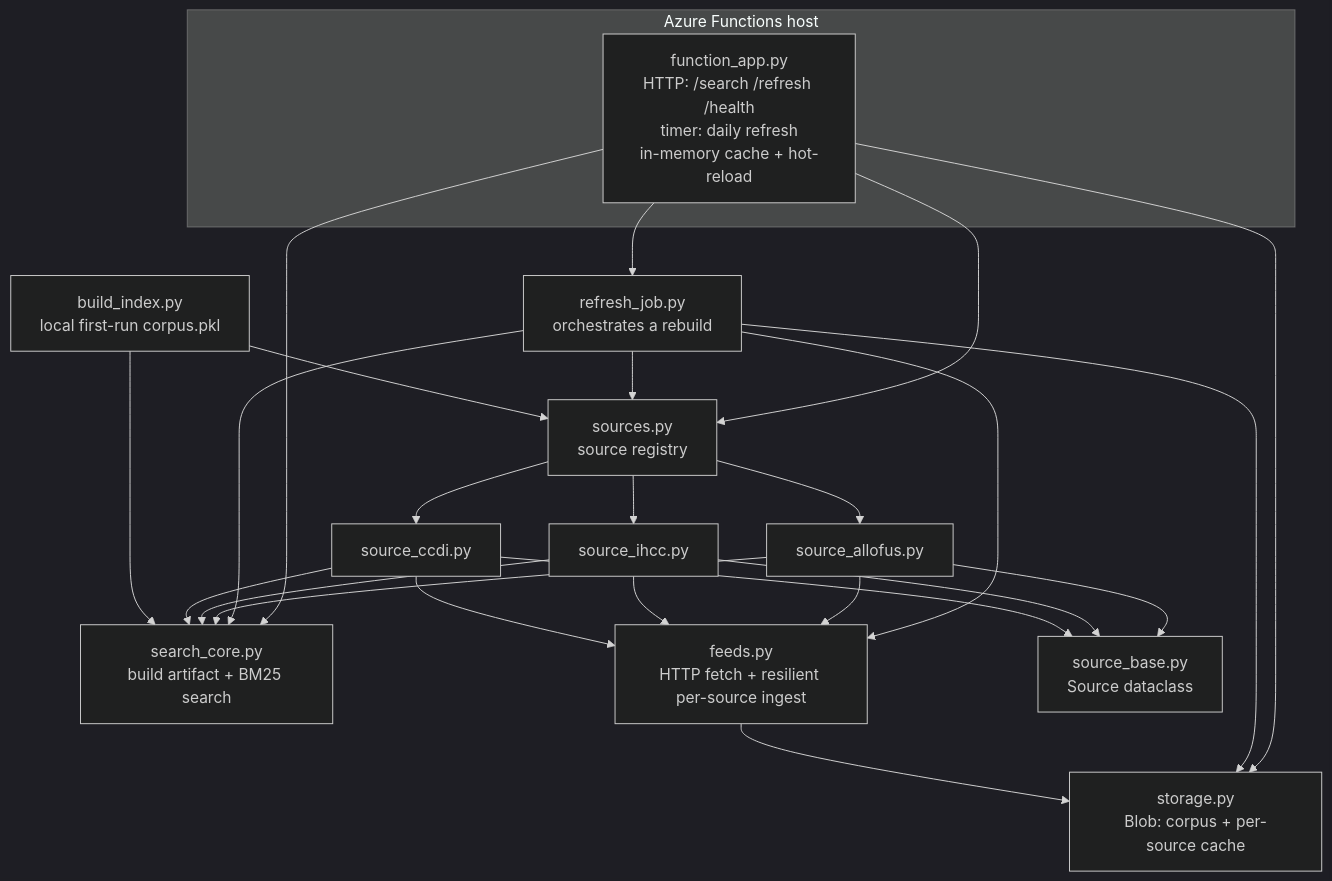
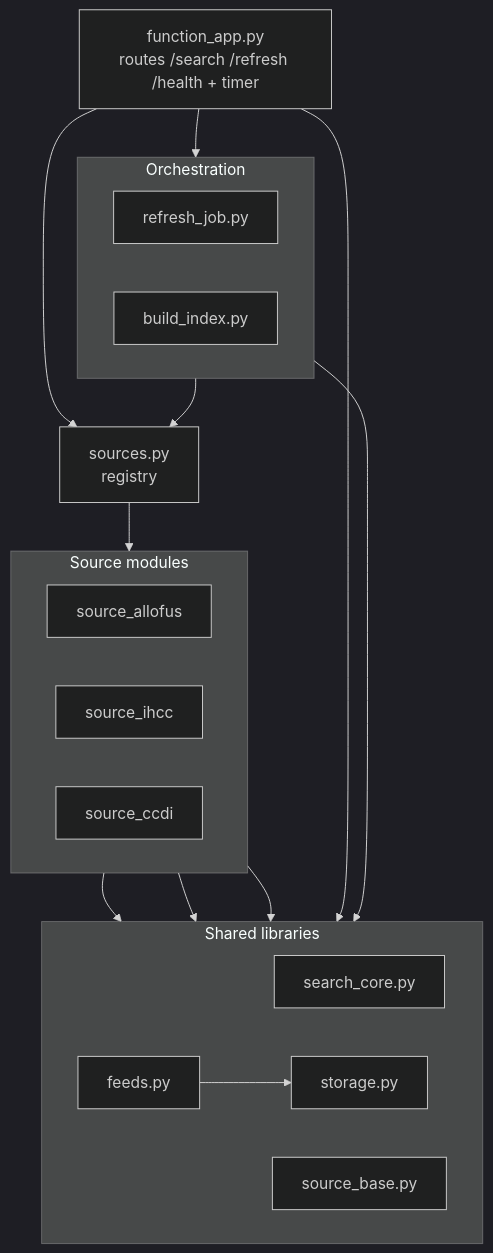
The second of 5 diagrams in docs/architecture.md (SteveCInVA/AllofUs-Agent), drawn with Mermaid (dark theme) before and after one commit. The commit also changed other lines of this file, not shown here.

First line of the commit message:
Reduce edge crossings in architecture diagrams

````diff
--- a/docs/architecture.md
+++ b/docs/architecture.md
@@ -34,35 +43,40 @@
 ```mermaid
-flowchart TD
-    subgraph HOST["Azure Functions host"]
-      FA["function_app.py<br/>HTTP: /search /refresh /health<br/>timer: daily refresh<br/>in-memory cache + hot-reload"]
+flowchart TB
+    FA["function_app.py<br/>routes /search /refresh /health + timer"]
+
+    subgraph ORCH["Orchestration"]
+      direction LR
+      RJ["refresh_job.py"]
+      BI["build_index.py"]
     end
 
-    FA --> RJ["refresh_job.py<br/>orchestrates a rebuild"]
-    FA --> SC["search_core.py<br/>build artifact + BM25 search"]
-    FA --> ST["storage.py<br/>Blob: corpus + per-source cache"]
-    FA --> SRCS["sources.py<br/>source registry"]
+    REG["sources.py<br/>registry"]
 
-    RJ --> SRCS
-    RJ --> FEED["feeds.py<br/>HTTP fetch + resilient per-source ingest"]
-    RJ --> SC
-    RJ --> ST
+    subgraph SRCMODS["Source modules"]
+      direction LR
+      SA["source_allofus"]
+      SI["source_ihcc"]
+      SD["source_ccdi"]
+    end
 
-    SRCS --> SA["source_allofus.py"]
-    SRCS --> SI["source_ihcc.py"]
-    SRCS --> SD["source_ccdi.py"]
+    subgraph SHARED["Shared libraries"]
+      direction LR
+      SC["search_core.py"]
+      FEED["feeds.py"]
+      ST["storage.py"]
+      SB["source_base.py"]
+    end
 
-    SA --> SB["source_base.py<br/>Source dataclass"]
-    SI --> SB
-    SD --> SB
-    SA --> FEED
-    SI --> FEED
-    SD --> FEED
-    SA --> SC
-    SI --> SC
-    SD --> SC
+    FA --> ORCH
+    FA --> REG
+    RJ --> REG
+    REG --> SRCMODS
 
+    SRCMODS --> SB
+    SRCMODS --> FEED
+    SRCMODS --> SC
+
+    ORCH --> SHARED
+    FA --> SHARED
     FEED --> ST
-
-    BI["build_index.py<br/>local first-run corpus.pkl"] --> SRCS
-    BI --> SC
 ```
````
